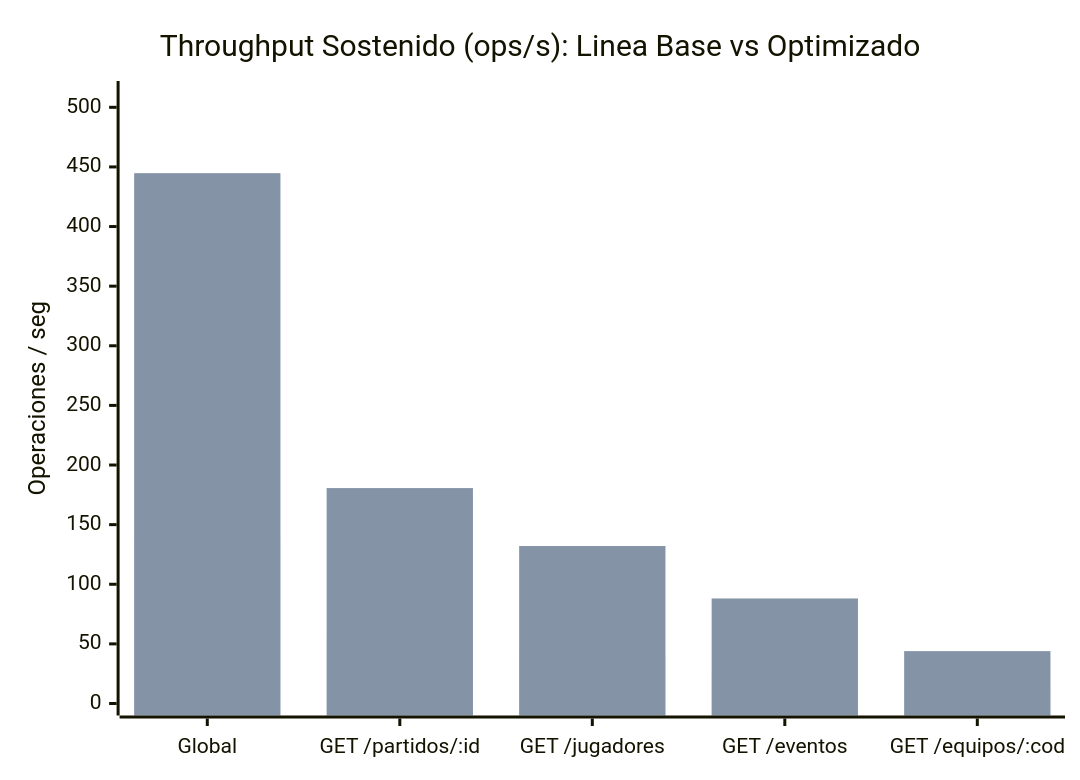
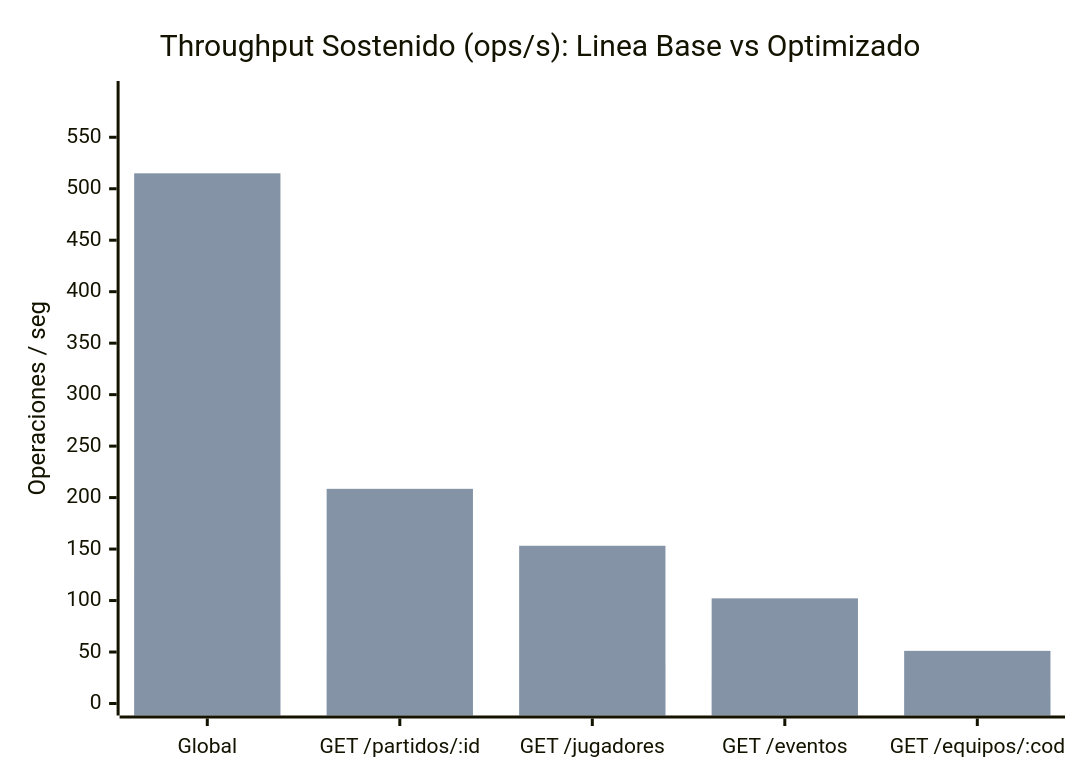
The second of 2 diagrams in hito-12-carga-optimizacion/docs/evidencia/tablas_o_graficos.md (BrianValente/uade-tpo-ingenieria-de-datos-ii-fixture), drawn with Mermaid before and after one commit. The commit also changed other lines of this file and 11 other files, not shown here.

````diff
--- a/hito-12-carga-optimizacion/docs/evidencia/tablas_o_graficos.md
+++ b/hito-12-carga-optimizacion/docs/evidencia/tablas_o_graficos.md
@@ -77,8 +77,8 @@
 ```mermaid
 xychart-beta
     title "Throughput Sostenido (ops/s): Linea Base vs Optimizado"
     x-axis ["Global", "GET /partidos/:id", "GET /jugadores", "GET /eventos", "GET /equipos/:cod"]
-    y-axis "Operaciones / seg" 0 --> 512
-    bar [138.46, 56.02, 41.35, 28.48, 12.62]
-    bar [444.76, 180.67, 132.07, 88.09, 43.92]
+    y-axis "Operaciones / seg" 0 --> 593
+    bar [124.59, 50.23, 36.9, 25.86, 11.6]
+    bar [514.98, 208.52, 153.2, 102.14, 51.13]
 ```
````
